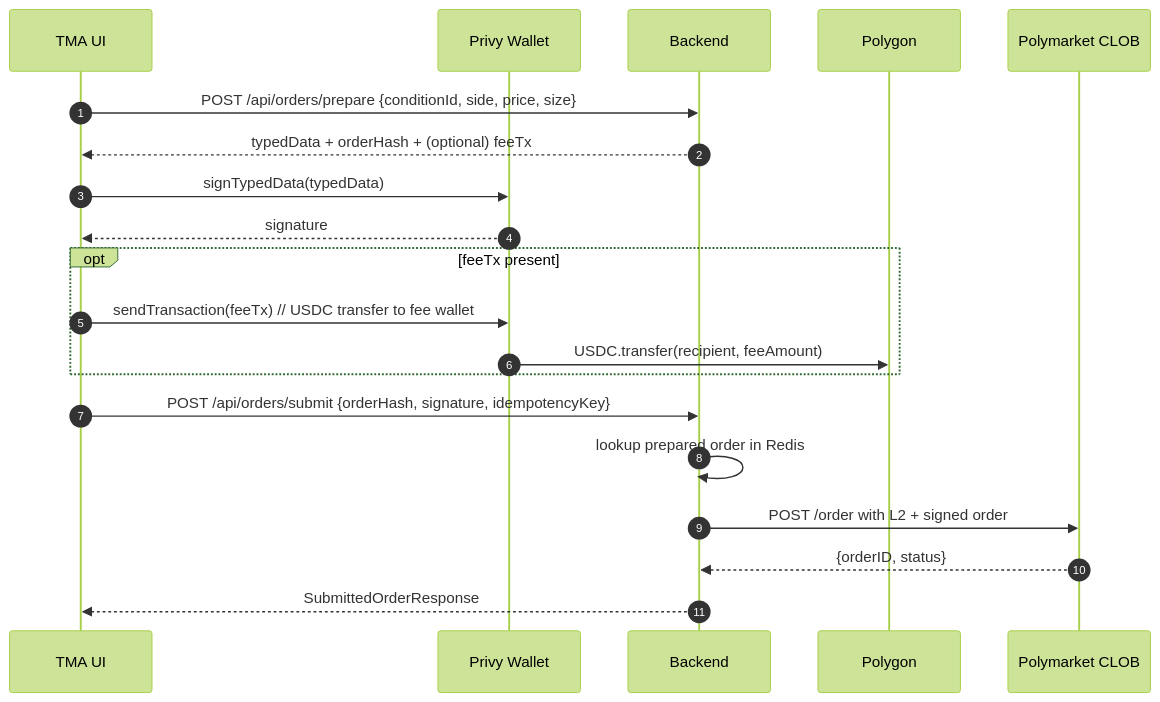
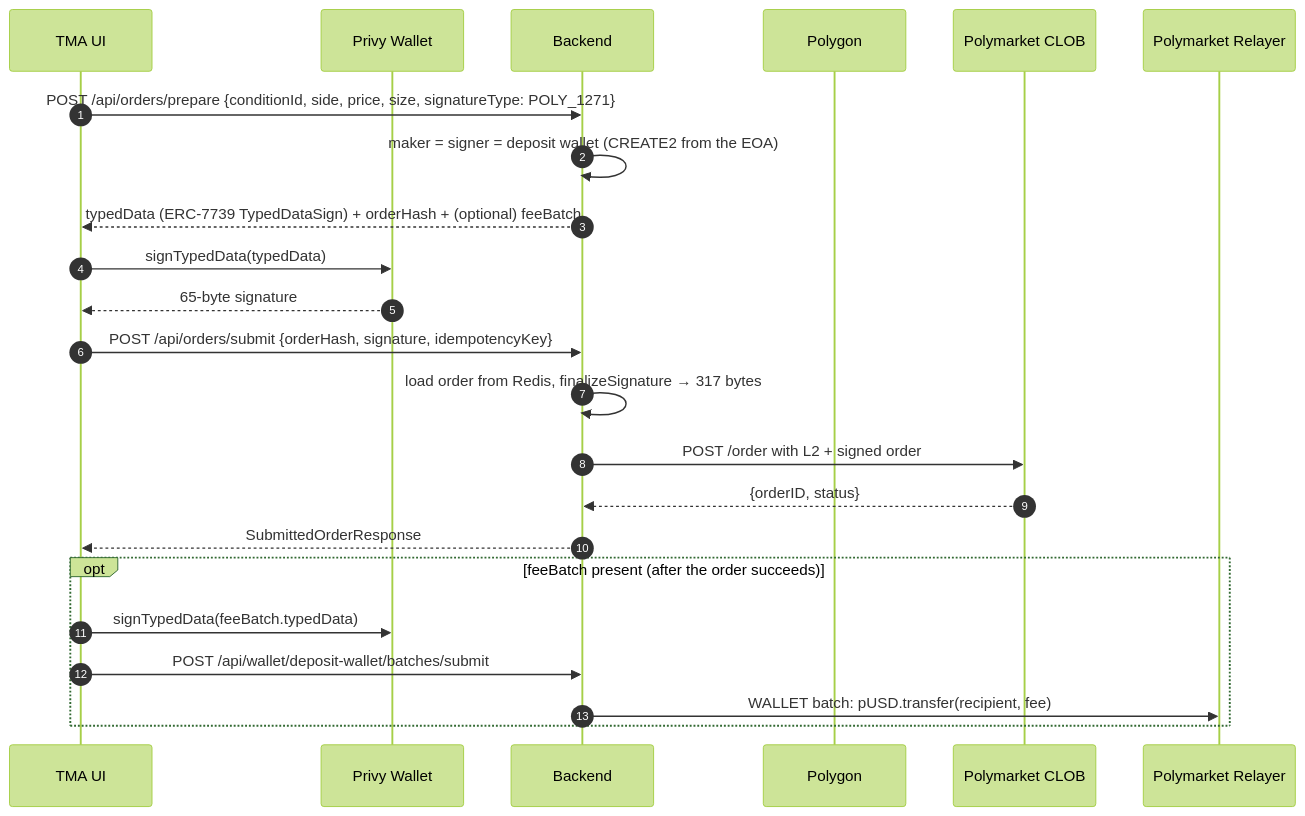
Before and after one commit to negriyd/polymarket-tma: the first of 2 diagrams in docs/trading.md, drawn with Mermaid (forest theme). The commit also changed other lines of this file and 103 other files, not shown here.

````diff
--- a/docs/trading.md
+++ b/docs/trading.md
@@ -38,23 +118,27 @@
 ```mermaid
 sequenceDiagram
     autonumber
     participant U as TMA UI
     participant P as Privy Wallet
     participant B as Backend
     participant POL as Polygon
     participant C as Polymarket CLOB
 
-    U->>B: POST /api/orders/prepare {conditionId, side, price, size}
-    B-->>U: typedData + orderHash + (optional) feeTx
+    participant R as Polymarket Relayer
+
+    U->>B: POST /api/orders/prepare {conditionId, side, price, size, signatureType: POLY_1271}
+    B->>B: maker = signer = deposit wallet (CREATE2 from the EOA)
+    B-->>U: typedData (ERC-7739 TypedDataSign) + orderHash + (optional) feeBatch
     U->>P: signTypedData(typedData)
-    P-->>U: signature
-    opt feeTx present
-        U->>P: sendTransaction(feeTx)  // USDC transfer to fee wallet
-        P->>POL: USDC.transfer(recipient, feeAmount)
-    end
+    P-->>U: 65-byte signature
     U->>B: POST /api/orders/submit {orderHash, signature, idempotencyKey}
-    B->>B: lookup prepared order in Redis
+    B->>B: load order from Redis, finalizeSignature → 317 bytes
     B->>C: POST /order with L2 + signed order
     C-->>B: {orderID, status}
     B-->>U: SubmittedOrderResponse
+    opt feeBatch present (after the order succeeds)
+        U->>P: signTypedData(feeBatch.typedData)
+        U->>B: POST /api/wallet/deposit-wallet/batches/submit
+        B->>R: WALLET batch: pUSD.transfer(recipient, fee)
+    end
 ```
````
